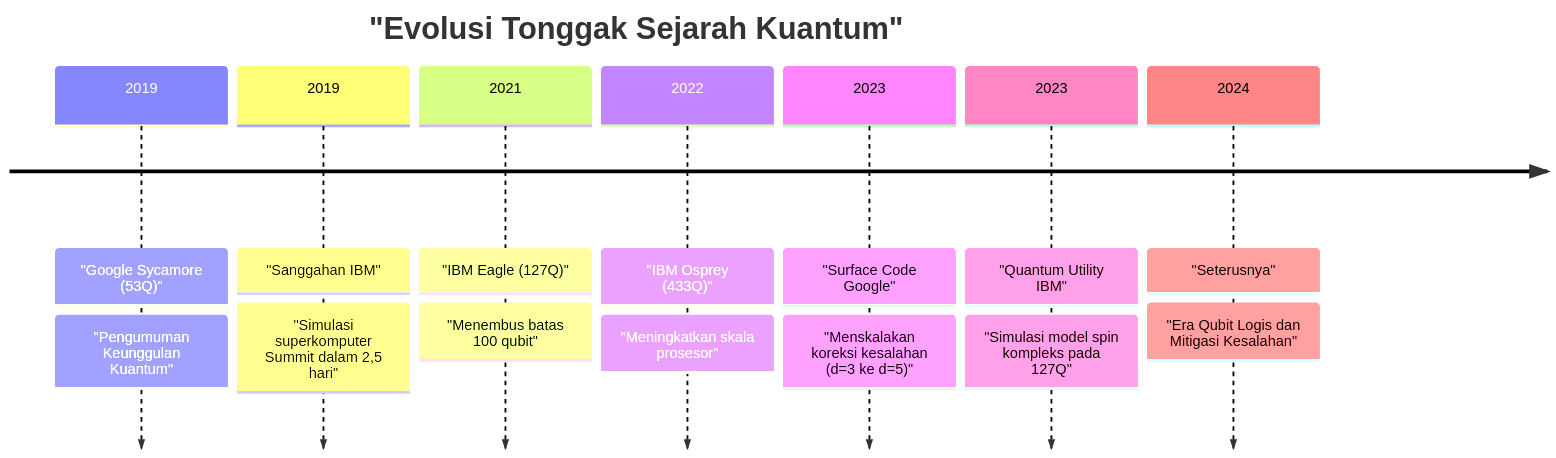
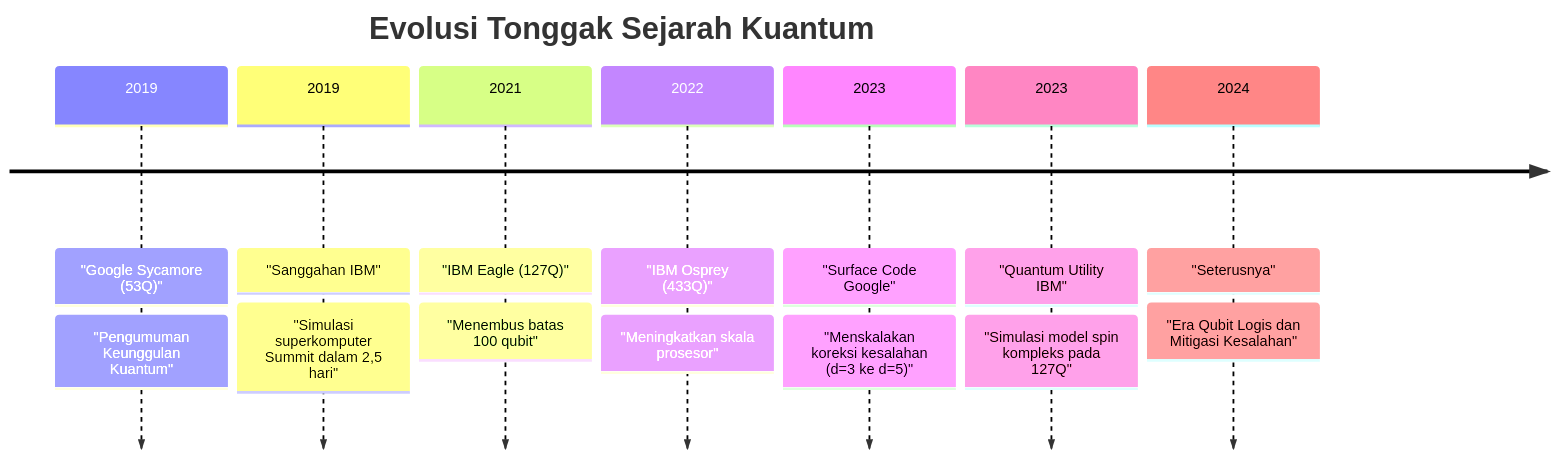
Before and after one commit to kenjinote/blog: the second of 3 diagrams in content/post/量子超越性とは何か/index.id.md, drawn with Mermaid. The commit also changed other lines of this file and 703 other files, not shown here.

Commit message:
Fix: Remove quotes from Mermaid link texts and timeline definitions to support Mermaid 11.4.1

````diff
--- a/content/post/量子超越性とは何か/index.id.md
+++ b/content/post/量子超越性とは何か/index.id.md
@@ -106,11 +106,11 @@
 ```mermaid
 timeline
-    title "Evolusi Tonggak Sejarah Kuantum"
+    title Evolusi Tonggak Sejarah Kuantum
     2019 : "Google Sycamore (53Q)" : "Pengumuman Keunggulan Kuantum"
     2019 : "Sanggahan IBM" : "Simulasi superkomputer Summit dalam 2,5 hari"
     2021 : "IBM Eagle (127Q)" : "Menembus batas 100 qubit"
     2022 : "IBM Osprey (433Q)" : "Meningkatkan skala prosesor"
     2023 : "Surface Code Google" : "Menskalakan koreksi kesalahan (d=3 ke d=5)"
     2023 : "Quantum Utility IBM" : "Simulasi model spin kompleks pada 127Q"
     2024 : "Seterusnya" : "Era Qubit Logis dan Mitigasi Kesalahan"
 ```
````
